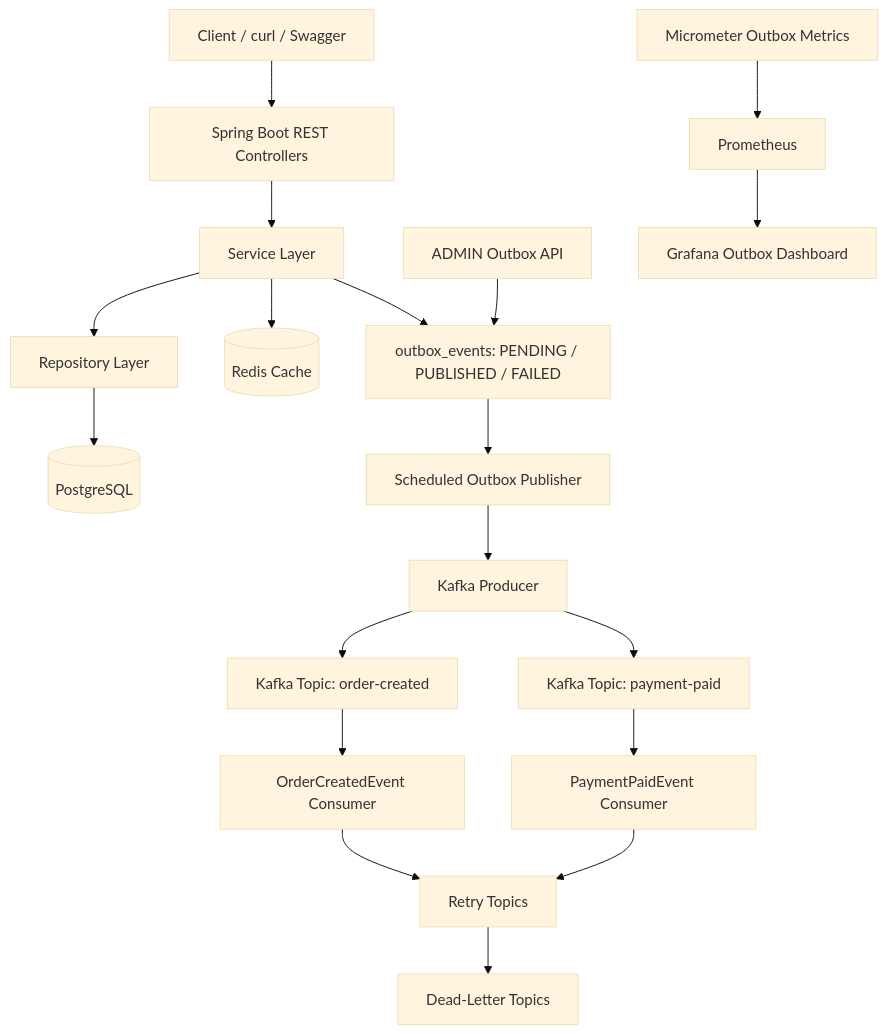
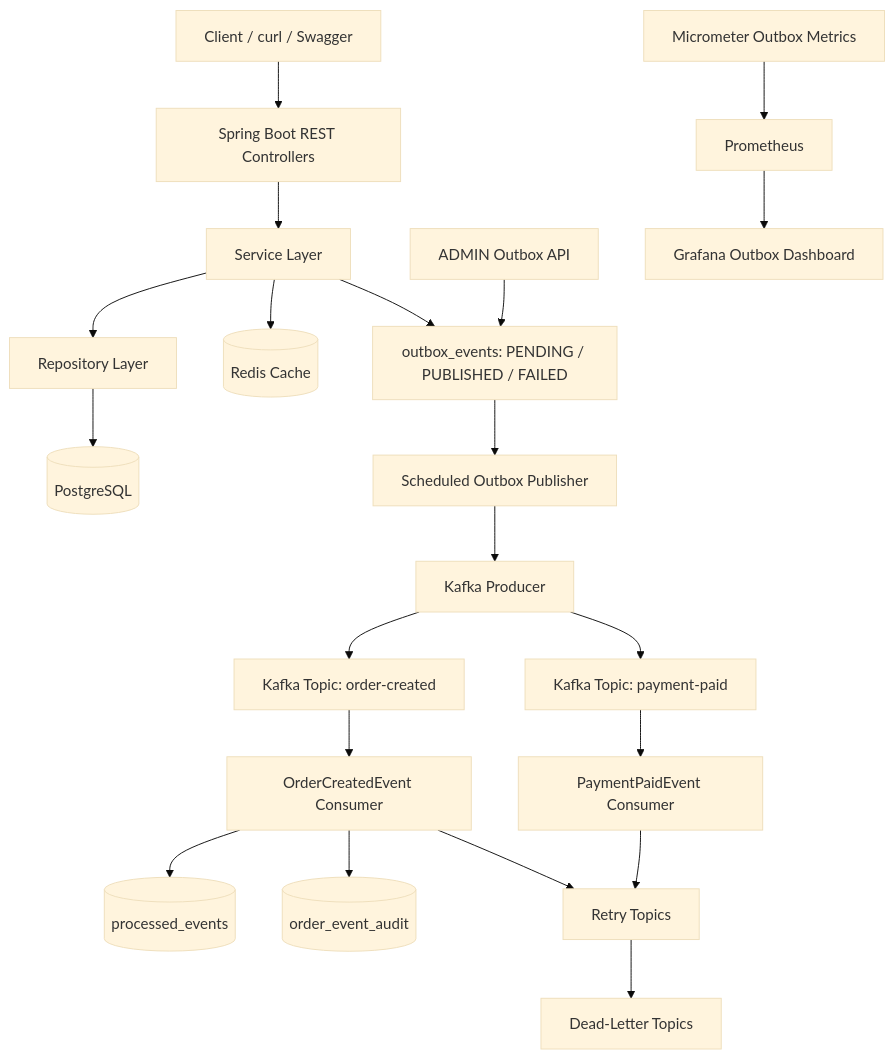
Before and after one commit to ravan-chuang/spring-boot-ecommerce-backend: the third of 3 diagrams in README.md, drawn with Mermaid (base theme). The commit also changed other lines of this file, not shown here.

Commit message:
docs: document consumer idempotency and event audit

````diff
--- a/README.md
+++ b/README.md
@@ -563,27 +651,30 @@
 ```mermaid
 flowchart TD
     Client[Client / curl / Swagger] --> Controller[Spring Boot REST Controllers]
     Controller --> Service[Service Layer]
     Service --> Repository[Repository Layer]
     Repository --> PostgreSQL[(PostgreSQL)]
 
     Service --> Redis[(Redis Cache)]
     Service --> Outbox[outbox_events: PENDING / PUBLISHED / FAILED]
 
     Outbox --> Publisher[Scheduled Outbox Publisher]
     Publisher --> Producer[Kafka Producer]
     Producer --> OrderTopic[Kafka Topic: order-created]
     Producer --> PaymentTopic[Kafka Topic: payment-paid]
 
     OrderTopic --> OrderConsumer[OrderCreatedEvent Consumer]
     PaymentTopic --> PaymentConsumer[PaymentPaidEvent Consumer]
 
+    OrderConsumer --> ProcessedEvents[(processed_events)]
+    OrderConsumer --> OrderAudit[(order_event_audit)]
+
     OrderConsumer --> RetryTopic[Retry Topics]
     PaymentConsumer --> RetryTopic
     RetryTopic --> DLT[Dead-Letter Topics]
 
     Admin[ADMIN Outbox API] --> Outbox
 
     AppMetrics[Micrometer Outbox Metrics] --> Prometheus[Prometheus]
     Prometheus --> Grafana[Grafana Outbox Dashboard]
 ```
````
